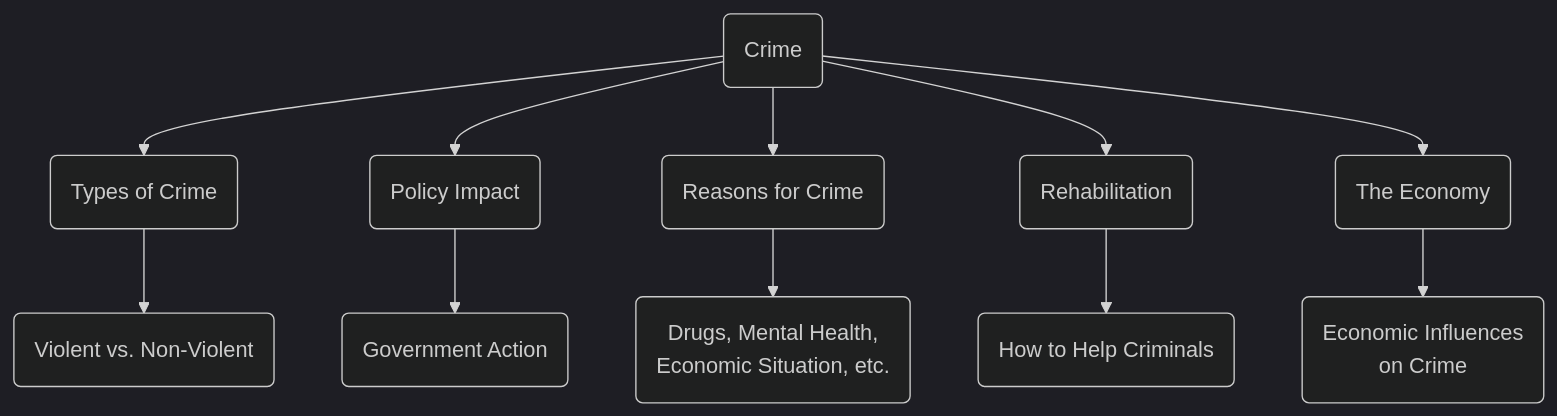
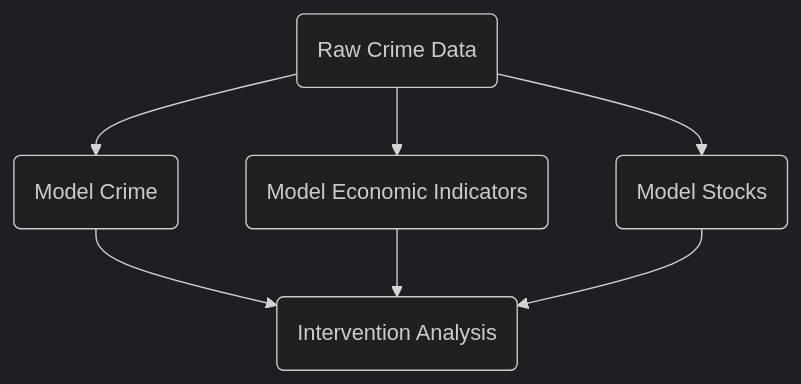
Before and after one commit to tsigall/dsan5600: the diagram in introduction.qmd, drawn with Mermaid (dark theme). The commit also changed other lines of this file and 120 other files, not shown here.

````diff
--- a/introduction.qmd
+++ b/introduction.qmd
@@ -25,16 +25,12 @@
 ```{mermaid}
 flowchart TD
 
-crime(Crime) --> types(Types of Crime)
-crime --> policy(Policy Impact)
-crime --> reasons(Reasons for Crime)
-crime --> rehab(Rehabilitation)
-crime --> economy(The Economy)
+data(Raw Crime Data) --> crime(Model Crime)
+data --> indicators(Model Economic Indicators)
+data --> stocks(Model Stocks)
 
-types --> types2(Violent vs. Non-Violent)
-policy --> policy2(Government Action)
-reasons --> reasons2(Drugs, Mental Health,\n Economic Situation, etc.)
-rehab --> rehab2(How to Help Criminals)
-economy --> economy2(Economic Influences\n on Crime)
+crime --> intervention(Intervention Analysis)
+indicators --> intervention
+stocks --> intervention
 
 ```
````
